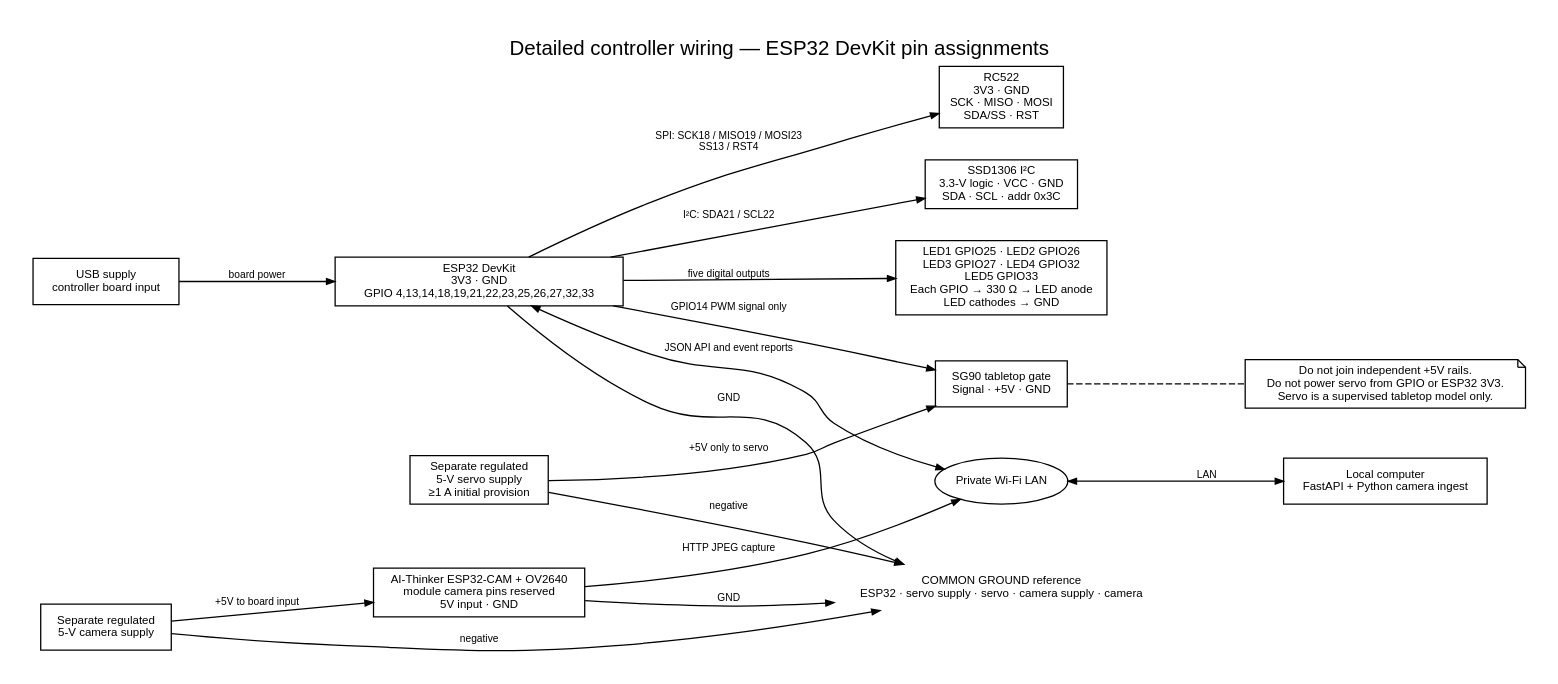
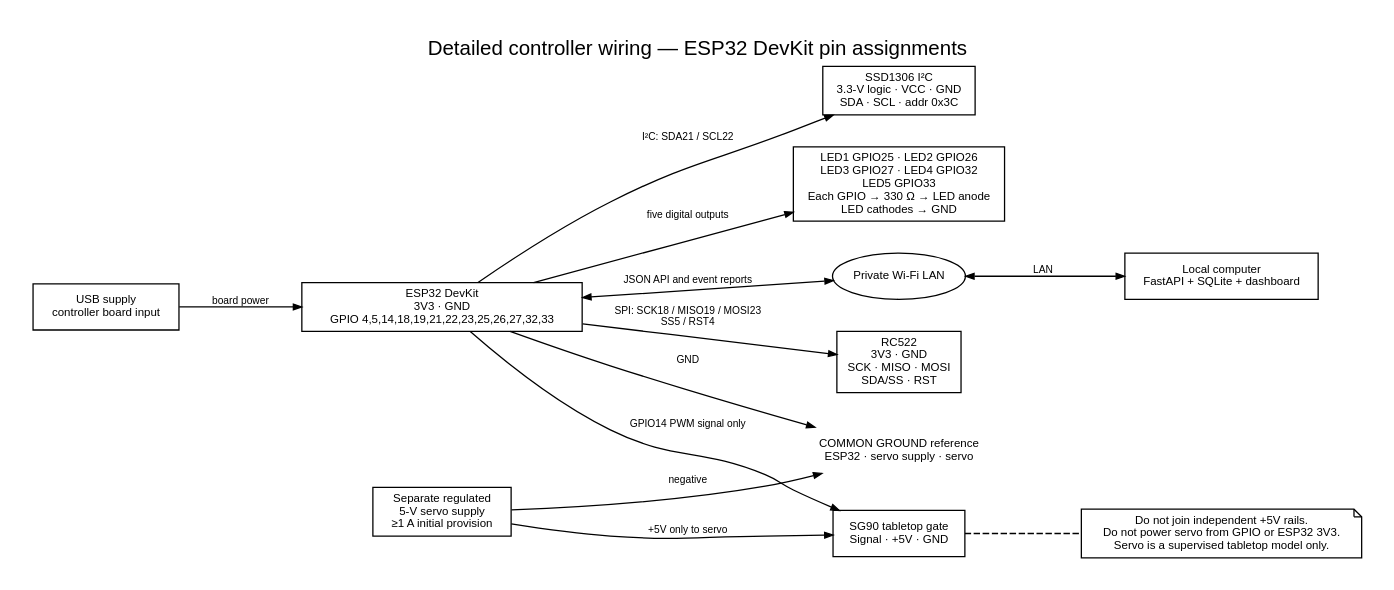
The diagram in docs/hardware/wiring_diagram.dot (dumbly-smart/smart-parking), drawn with Graphviz before and after one commit. The commit also changed 301 other files, not shown here.

```diff
--- a/docs/hardware/wiring_diagram.dot
+++ b/docs/hardware/wiring_diagram.dot
@@ -1,33 +1,27 @@
 digraph wiring {
   graph [rankdir=LR, bgcolor=white, pad=0.25, nodesep=0.35, ranksep=0.6, fontname="Helvetica", labelloc=t, label="Detailed controller wiring — ESP32 DevKit pin assignments", fontsize=16];
   node [shape=box, style=solid, color=black, fontcolor=black, fontname="Helvetica", fontsize=9, margin="0.10,0.06", penwidth=1];
   edge [color=black, fontcolor=black, fontname="Helvetica", fontsize=8, arrowsize=0.65, penwidth=1];
-  esp [label="ESP32 DevKit\n3V3 · GND\nGPIO 4,13,14,18,19,21,22,23,25,26,27,32,33"];
+  esp [label="ESP32 DevKit\n3V3 · GND\nGPIO 4,5,14,18,19,21,22,23,25,26,27,32,33"];
   rfid [label="RC522\n3V3 · GND\nSCK · MISO · MOSI\nSDA/SS · RST"];
   oled [label="SSD1306 I²C\n3.3-V logic · VCC · GND\nSDA · SCL · addr 0x3C"];
   servo [label="SG90 tabletop gate\nSignal · +5V · GND"];
   servosupply [label="Separate regulated\n5-V servo supply\n≥1 A initial provision"];
   leds [label="LED1 GPIO25 · LED2 GPIO26\nLED3 GPIO27 · LED4 GPIO32\nLED5 GPIO33\nEach GPIO → 330 Ω → LED anode\nLED cathodes → GND"];
-  ground [shape=plaintext, label="COMMON GROUND reference\nESP32 · servo supply · servo · camera supply · camera"];
+  ground [shape=plaintext, label="COMMON GROUND reference\nESP32 · servo supply · servo"];
   usb [label="USB supply\ncontroller board input"];
-  cam [label="AI-Thinker ESP32-CAM + OV2640\nmodule camera pins reserved\n5V input · GND"];
-  camsupply [label="Separate regulated\n5-V camera supply"];
   wifi [shape=ellipse, label="Private Wi-Fi LAN"];
-  server [label="Local computer\nFastAPI + Python camera ingest"];
-  esp -> rfid [label="SPI: SCK18 / MISO19 / MOSI23\nSS13 / RST4"];
+  server [label="Local computer\nFastAPI + SQLite + dashboard"];
+  esp -> rfid [label="SPI: SCK18 / MISO19 / MOSI23\nSS5 / RST4"];
   esp -> oled [label="I²C: SDA21 / SCL22"];
   esp -> servo [label="GPIO14 PWM signal only"];
   servosupply -> servo [label="+5V only to servo"];
   esp -> leds [label="five digital outputs"];
   usb -> esp [label="board power"];
   esp -> ground [label="GND"];
   servosupply -> ground [label="negative"];
-  cam -> ground [label="GND"];
-  camsupply -> ground [label="negative"];
-  camsupply -> cam [label="+5V to board input"];
   esp -> wifi [dir=both, label="JSON API and event reports"];
-  cam -> wifi [label="HTTP JPEG capture"];
   wifi -> server [dir=both, label="LAN"];
   note [shape=note, label="Do not join independent +5V rails.\nDo not power servo from GPIO or ESP32 3V3.\nServo is a supervised tabletop model only."];
   servo -> note [style=dashed, arrowhead=none];
 }
```
